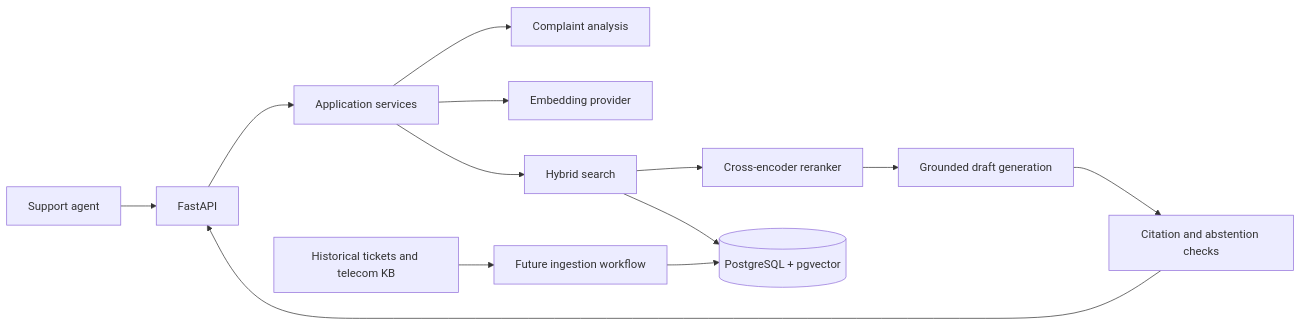
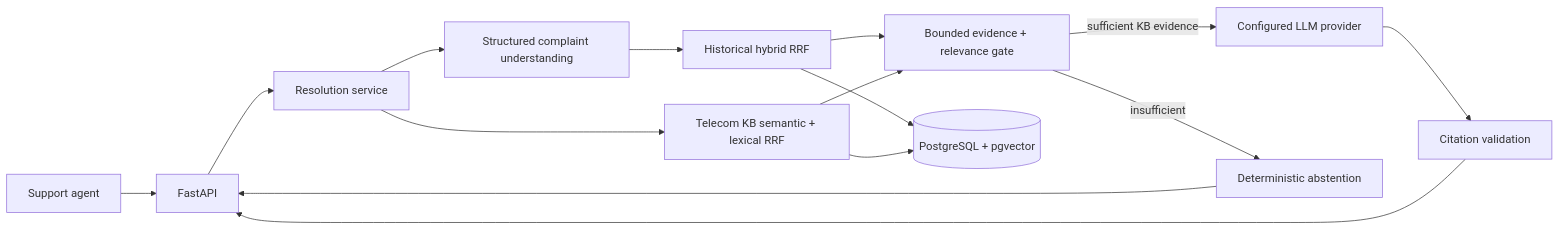
The diagram in docs/architecture.md (AnirudhSrinivasan4/support-resolution-ai), drawn with Mermaid before and after one commit. The commit also changed other lines of this file and 53 other files, not shown here.

Commit message:
feat: add grounded resolution pipeline and evaluation

````diff
--- a/docs/architecture.md
+++ b/docs/architecture.md
@@ -37,15 +39,17 @@
 ```mermaid
 flowchart LR
     Agent[Support agent] --> API[FastAPI]
-    API --> Service[Application services]
-    Service --> Parser[Complaint analysis]
-    Service --> Embed[Embedding provider]
-    Service --> Search[Hybrid search]
-    Search --> Rank[Cross-encoder reranker]
-    Rank --> Draft[Grounded draft generation]
-    Draft --> Validate[Citation and abstention checks]
+    API --> Service[Resolution service]
+    Service --> Understand[Structured complaint understanding]
+    Understand --> HSearch[Historical hybrid RRF]
+    Service --> KSearch[Telecom KB semantic + lexical RRF]
+    HSearch --> Evidence[Bounded evidence + relevance gate]
+    KSearch --> Evidence
+    Evidence -->|sufficient KB evidence| LLM[Configured LLM provider]
+    Evidence -->|insufficient| Abstain[Deterministic abstention]
+    LLM --> Validate[Citation validation]
     Validate --> API
-    Sources[Historical tickets and telecom KB] --> Ingest[Future ingestion workflow]
-    Ingest --> Store[(PostgreSQL + pgvector)]
-    Search --> Store
+    Abstain --> API
+    HSearch --> Store[(PostgreSQL + pgvector)]
+    KSearch --> Store
 ```
````
